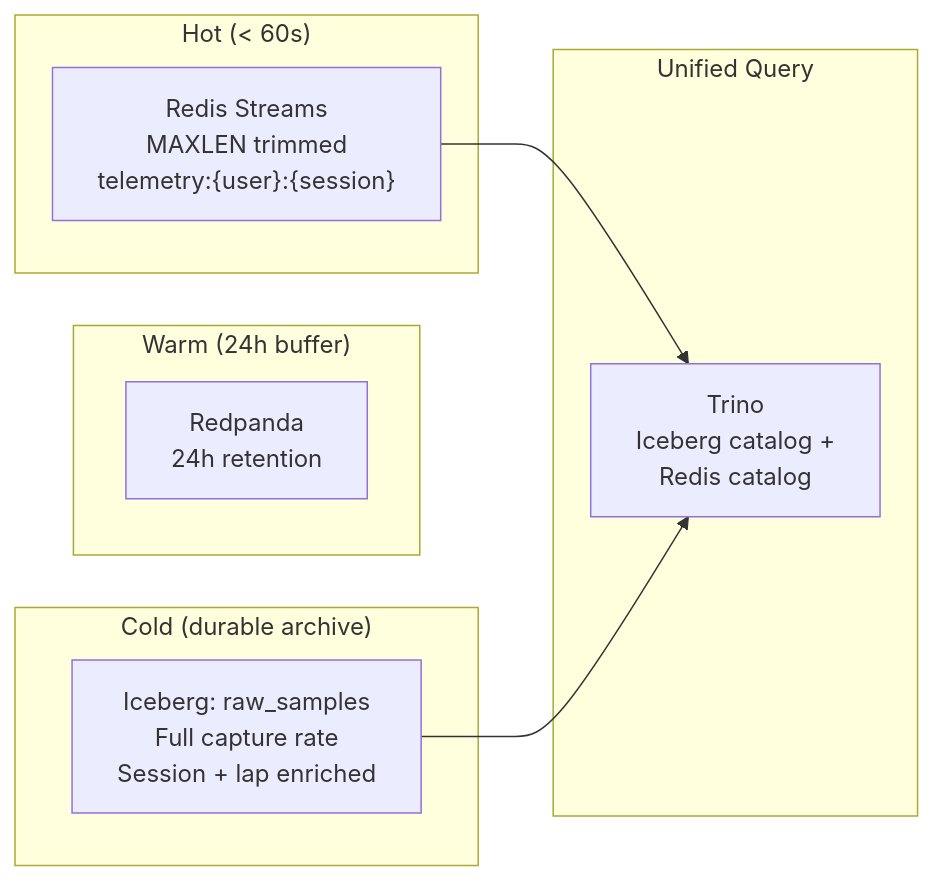
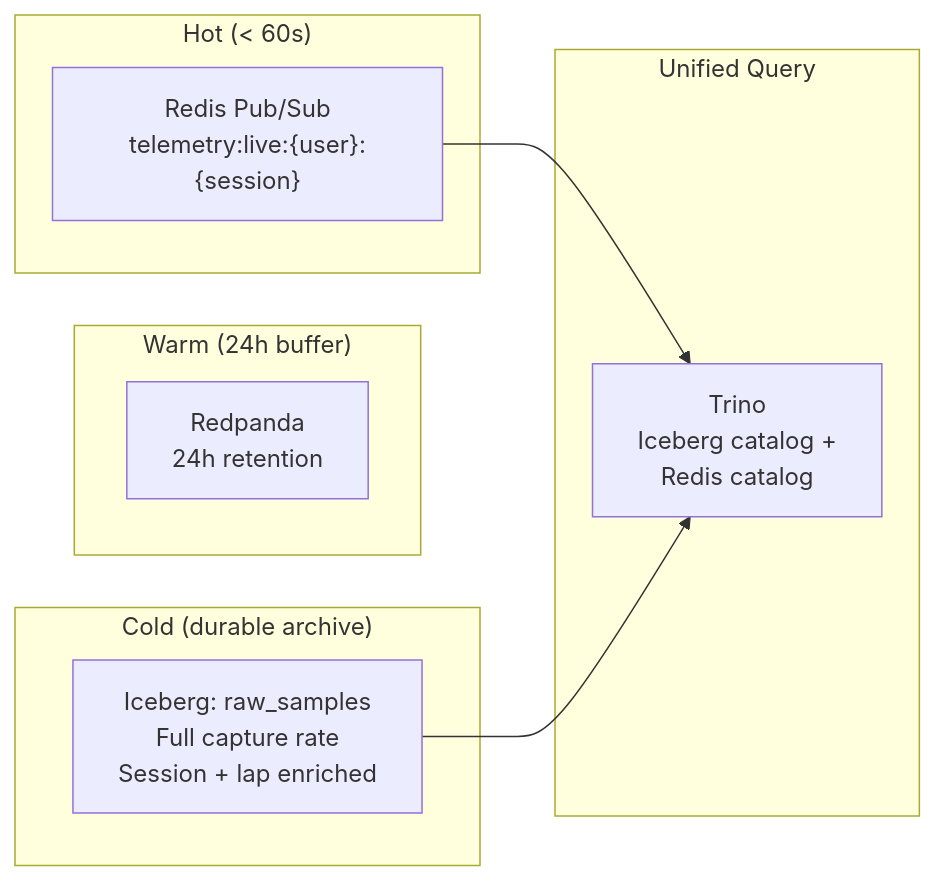
One commit to chrismarth/PurpleSector changed the fifth of 5 diagrams in docs/CLOUD_PIPELINE.md. Above: the diagram before and after it, drawn with Mermaid. The commit also changed other lines of this file and 179 other files, not shown here.

````diff
--- a/docs/CLOUD_PIPELINE.md
+++ b/docs/CLOUD_PIPELINE.md
@@ -135,21 +135,21 @@
 ```mermaid
 flowchart LR
     subgraph Hot["Hot (< 60s)"]
-        REDIS2["Redis Streams<br/>MAXLEN trimmed<br/>telemetry:{user}:{session}"]
+        REDIS2["Redis Pub/Sub<br/>telemetry:live:{user}:{session}"]
     end
 
     subgraph Warm["Warm (24h buffer)"]
         RP3["Redpanda<br/>24h retention"]
     end
 
     subgraph Cold["Cold (durable archive)"]
         RAW["Iceberg: raw_samples<br/>Full capture rate<br/>Session + lap enriched"]
     end
 
     subgraph Query["Unified Query"]
         TRINO2["Trino<br/>Iceberg catalog +<br/>Redis catalog"]
     end
 
     REDIS2 --> TRINO2
     RAW --> TRINO2
 ```
````
